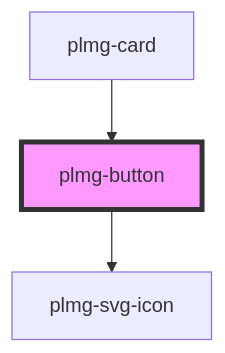
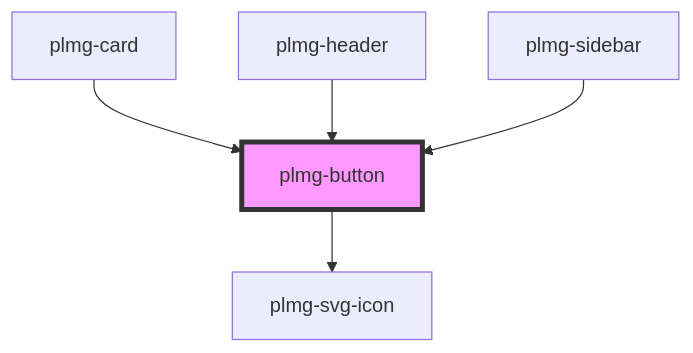
One commit to DuckyTeam/Plumage changed the diagram in packages/component-library/src/components/plmg-button/readme.md. Above: the diagram before and after it, drawn with Mermaid. The commit also changed other lines of this file and 35 other files, not shown here.

First line of the commit message:
Sidebar, Header, PageContainer (#34)

````diff
--- a/packages/component-library/src/components/plmg-button/readme.md
+++ b/packages/component-library/src/components/plmg-button/readme.md
@@ -45,6 +47,8 @@
 ```mermaid
 graph TD;
   plmg-button --> plmg-svg-icon
   plmg-card --> plmg-button
+  plmg-header --> plmg-button
+  plmg-sidebar --> plmg-button
   style plmg-button fill:#f9f,stroke:#333,stroke-width:4px
 ```
````
